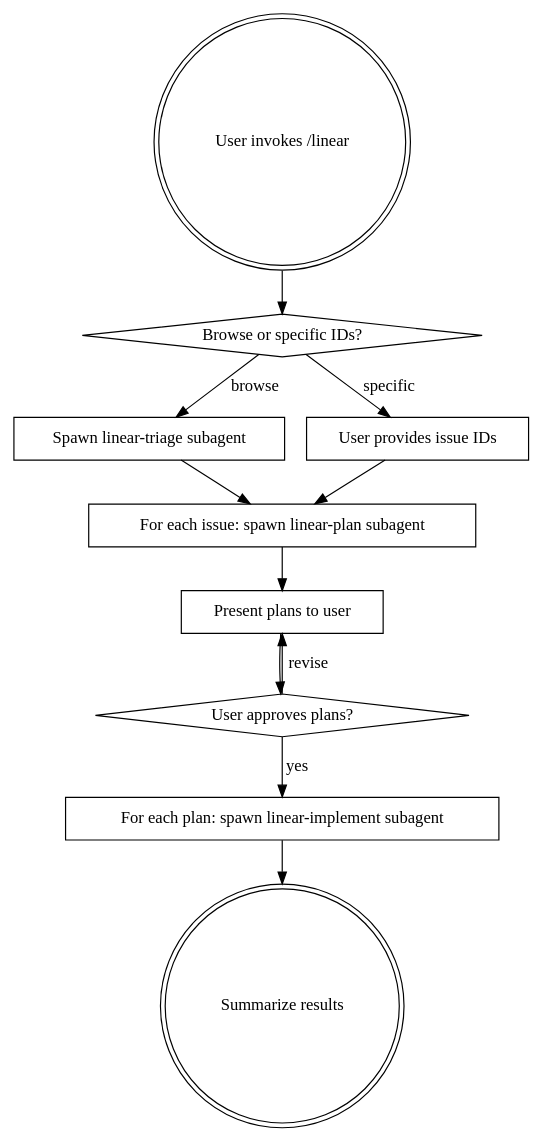
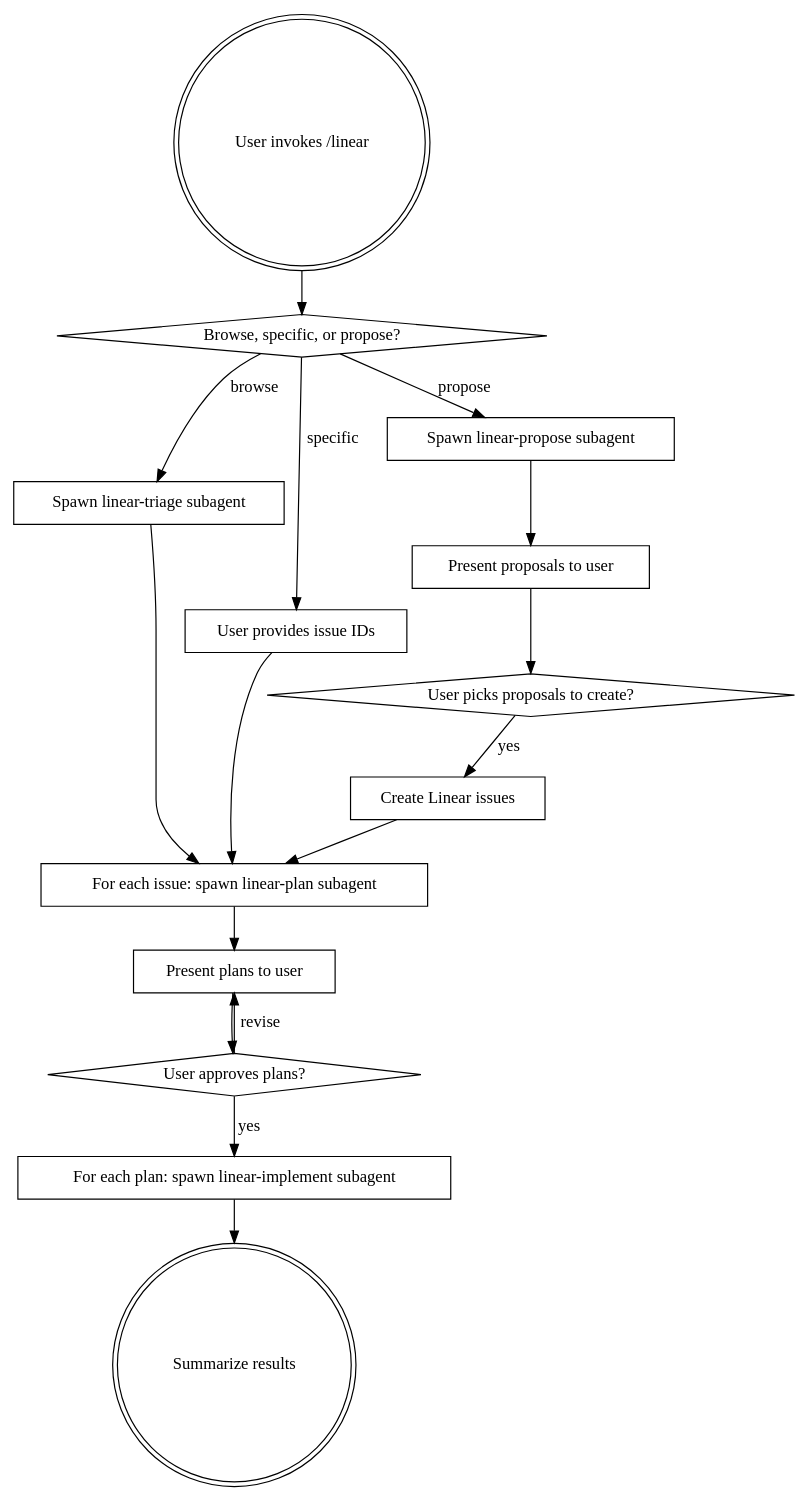
Before and after one commit to twanahc/claude-linear-skill: the diagram in SKILL.md, drawn with Graphviz. The commit also changed other lines of this file and 2 other files, not shown here.

First line of the commit message:
feat: add linear-propose skill, mandatory worktrees, and superpowers integration

````diff
--- a/SKILL.md
+++ b/SKILL.md
@@ -38,25 +38,34 @@
 ```dot
 digraph linear_workflow {
     rankdir=TB;
     "User invokes /linear" [shape=doublecircle];
-    "Browse or specific IDs?" [shape=diamond];
+    "Browse, specific, or propose?" [shape=diamond];
     "Spawn linear-triage subagent" [shape=box];
     "User provides issue IDs" [shape=box];
+    "Spawn linear-propose subagent" [shape=box];
+    "Present proposals to user" [shape=box];
+    "User picks proposals to create?" [shape=diamond];
+    "Create Linear issues" [shape=box];
     "For each issue: spawn linear-plan subagent" [shape=box];
     "Present plans to user" [shape=box];
     "User approves plans?" [shape=diamond];
     "For each plan: spawn linear-implement subagent" [shape=box];
     "Summarize results" [shape=doublecircle];
 
-    "User invokes /linear" -> "Browse or specific IDs?";
-    "Browse or specific IDs?" -> "Spawn linear-triage subagent" [label="browse"];
-    "Browse or specific IDs?" -> "User provides issue IDs" [label="specific"];
+    "User invokes /linear" -> "Browse, specific, or propose?";
+    "Browse, specific, or propose?" -> "Spawn linear-triage subagent" [label="browse"];
+    "Browse, specific, or propose?" -> "User provides issue IDs" [label="specific"];
+    "Browse, specific, or propose?" -> "Spawn linear-propose subagent" [label="propose"];
+    "Spawn linear-propose subagent" -> "Present proposals to user";
+    "Present proposals to user" -> "User picks proposals to create?";
+    "User picks proposals to create?" -> "Create Linear issues" [label="yes"];
+    "Create Linear issues" -> "For each issue: spawn linear-plan subagent";
     "Spawn linear-triage subagent" -> "For each issue: spawn linear-plan subagent";
     "User provides issue IDs" -> "For each issue: spawn linear-plan subagent";
     "For each issue: spawn linear-plan subagent" -> "Present plans to user";
     "Present plans to user" -> "User approves plans?";
     "User approves plans?" -> "Present plans to user" [label="revise"];
     "User approves plans?" -> "For each plan: spawn linear-implement subagent" [label="yes"];
     "For each plan: spawn linear-implement subagent" -> "Summarize results";
 }
 ```
````
